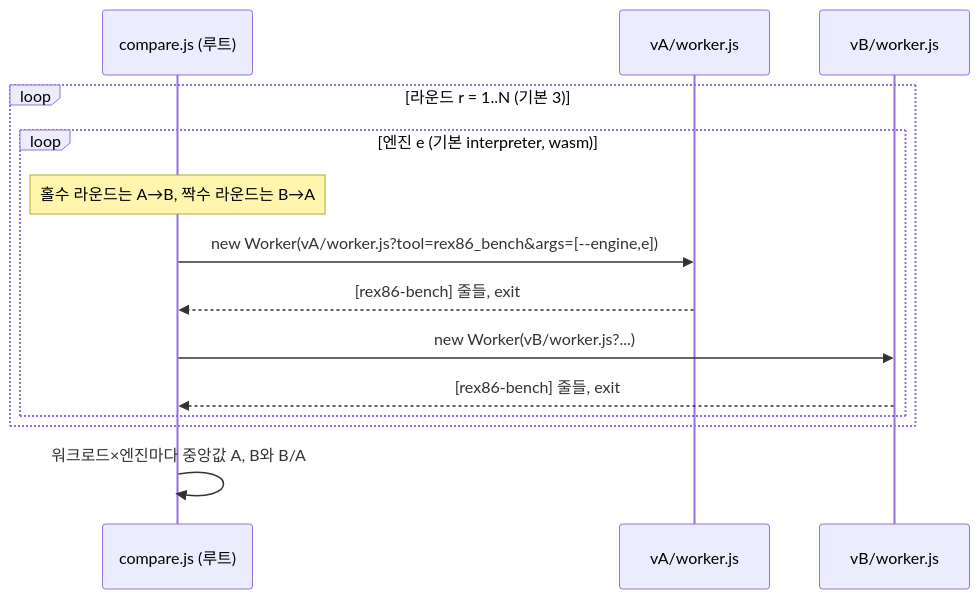
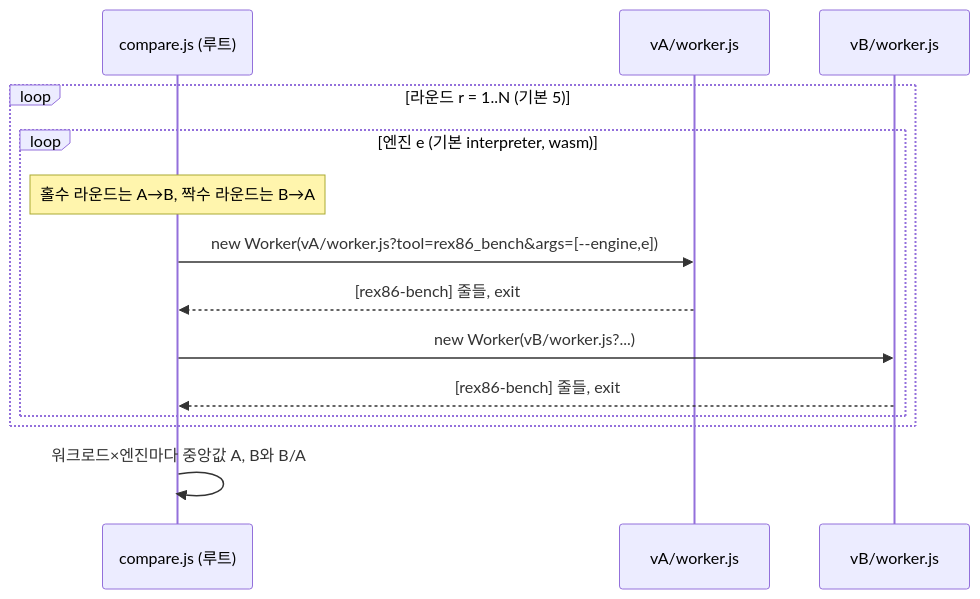
The second of 2 diagrams in docs/design/20261011-i052-pages-browser-tests.md (reexec/rex86), drawn with Mermaid before and after one commit. The commit also changed other lines of this file and 16 other files, not shown here.

````diff
--- a/docs/design/20261011-i052-pages-browser-tests.md
+++ b/docs/design/20261011-i052-pages-browser-tests.md
@@ -112,16 +111,16 @@
 ```mermaid
 sequenceDiagram
     participant P as compare.js (루트)
     participant A as vA/worker.js
     participant B as vB/worker.js
-    loop 라운드 r = 1..N (기본 3)
+    loop 라운드 r = 1..N (기본 5)
         loop 엔진 e (기본 interpreter, wasm)
             Note over P: 홀수 라운드는 A→B, 짝수 라운드는 B→A
             P->>A: new Worker(vA/worker.js?tool=rex86_bench&args=[--engine,e])
             A-->>P: [rex86-bench] 줄들, exit
             P->>B: new Worker(vB/worker.js?...)
             B-->>P: [rex86-bench] 줄들, exit
         end
     end
     P->>P: 워크로드×엔진마다 중앙값 A, B와 B/A
 ```
````
